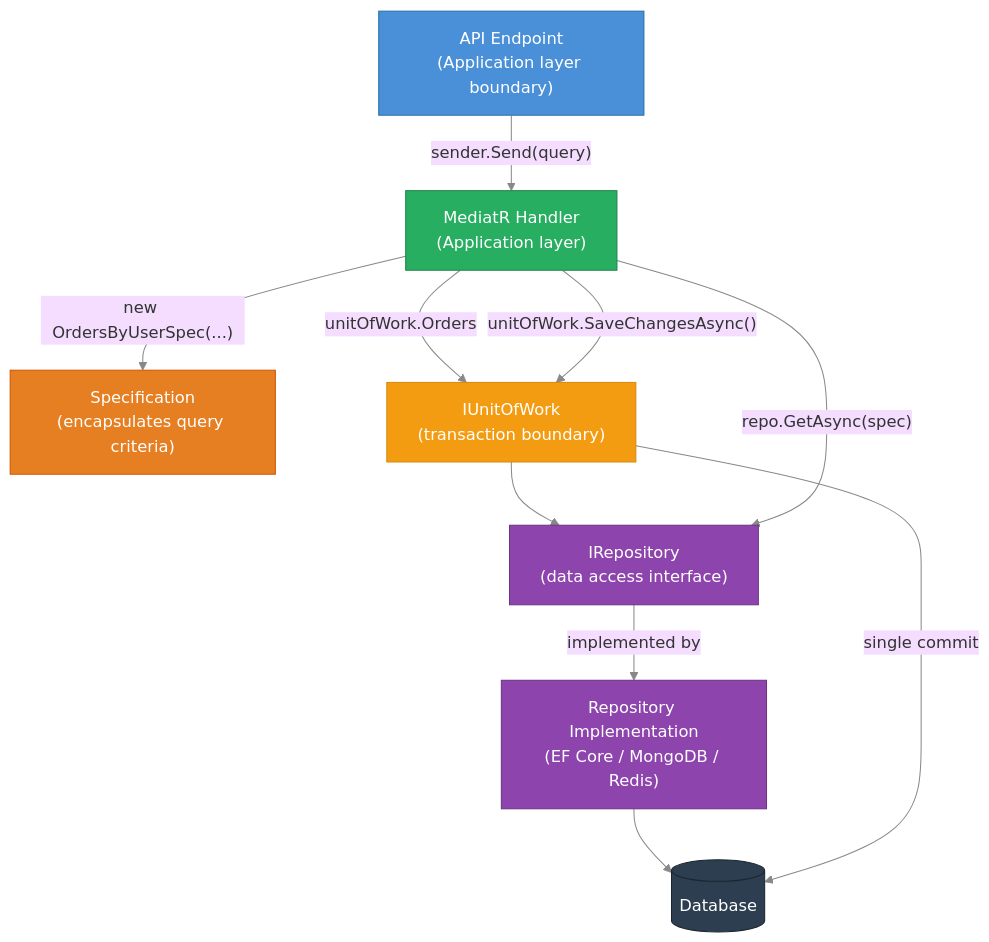
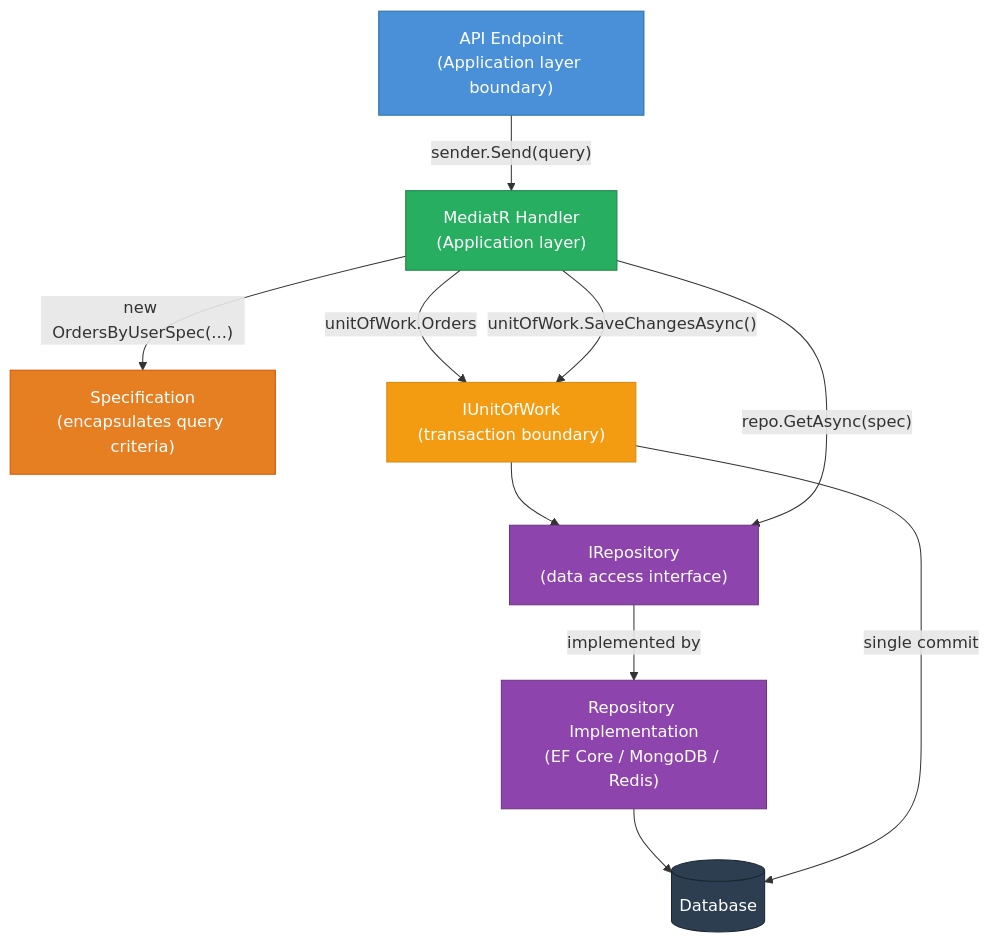
One commit to seesathish/AntKart-Src3 changed the fourth of 4 diagrams in docs/adr/ADR-011-Repository-Specification-and-Unit-of-Work.md. Above: the diagram before and after it, drawn with Mermaid. The commit also changed other lines of this file and 7 other files, not shown here.

````diff
--- a/docs/adr/ADR-011-Repository-Specification-and-Unit-of-Work.md
+++ b/docs/adr/ADR-011-Repository-Specification-and-Unit-of-Work.md
@@ -334,28 +331,27 @@
 ```mermaid
-%%{init: {'theme': 'base', 'themeVariables': {'lineColor': '#888888'}}}%%
-flowchart TD
+flowchart TB
     classDef ep fill:#4A90D9,stroke:#2471A3,color:#fff
     classDef app fill:#27AE60,stroke:#1E8449,color:#fff
     classDef spec fill:#E67E22,stroke:#D35400,color:#fff
     classDef uow fill:#F39C12,stroke:#D68910,color:#fff
     classDef infra fill:#8E44AD,stroke:#6C3483,color:#fff
     classDef db fill:#2C3E50,stroke:#1A252F,color:#fff
 
-    EP["API Endpoint\n(Application layer boundary)"]:::ep
-    HAND["MediatR Handler\n(Application layer)"]:::app
-    SPEC["Specification\n(encapsulates query criteria)"]:::spec
-    UoW["IUnitOfWork\n(transaction boundary)"]:::uow
-    REPO["IRepository\n(data access interface)"]:::infra
-    IMPL["Repository Implementation\n(EF Core / MongoDB / Redis)"]:::infra
+    EP["API Endpoint<br/>(Application layer boundary)"]:::ep
+    HAND["MediatR Handler<br/>(Application layer)"]:::app
+    SPEC["Specification<br/>(encapsulates query criteria)"]:::spec
+    UoW["IUnitOfWork<br/>(transaction boundary)"]:::uow
+    REPO["IRepository<br/>(data access interface)"]:::infra
+    IMPL["Repository Implementation<br/>(EF Core / MongoDB / Redis)"]:::infra
     DB[("Database")]:::db
 
     EP -->|"sender.Send(query)"| HAND
     HAND -->|"new OrdersByUserSpec(...)"| SPEC
     HAND -->|"unitOfWork.Orders"| UoW
     UoW --> REPO
     HAND -->|"repo.GetAsync(spec)"| REPO
     REPO -->|"implemented by"| IMPL
     IMPL --> DB
     HAND -->|"unitOfWork.SaveChangesAsync()"| UoW
     UoW -->|"single commit"| DB
 ```
````
